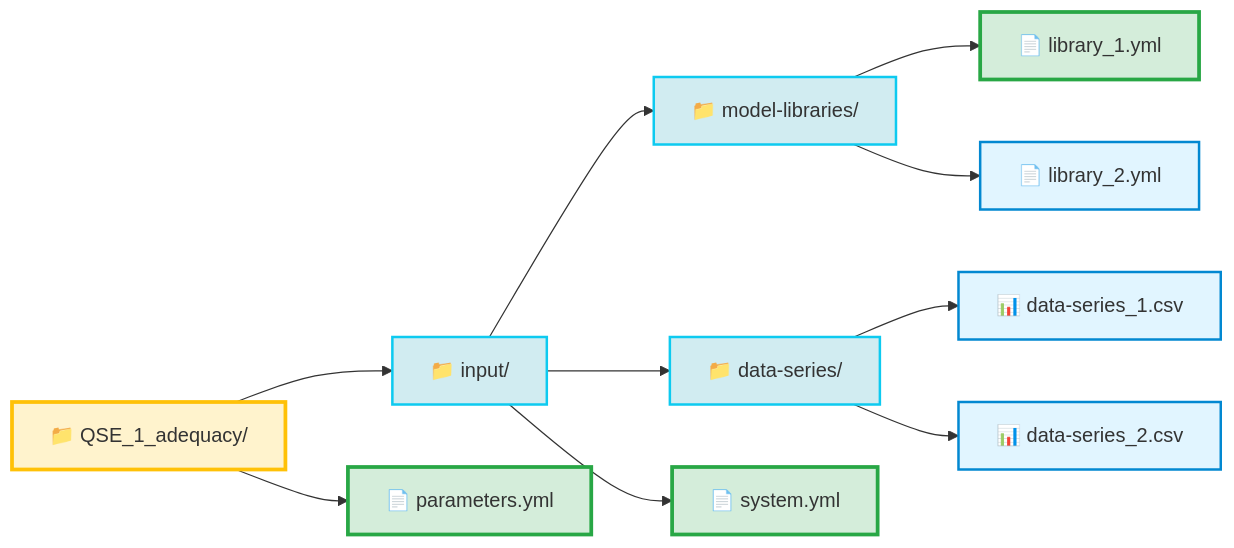
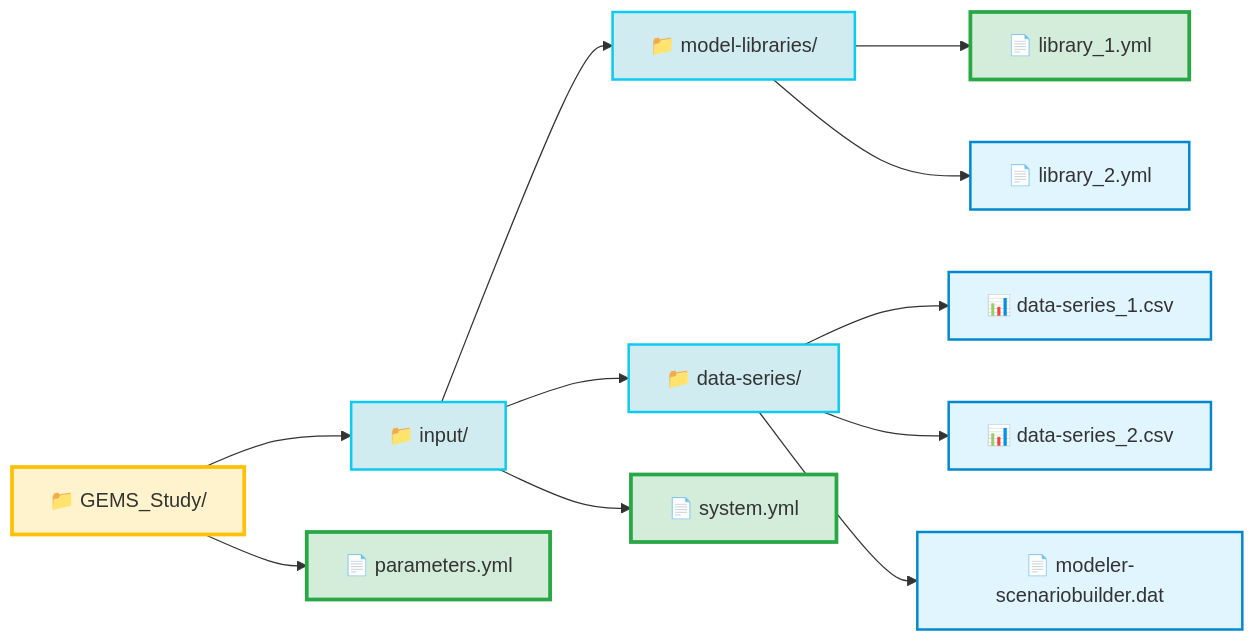
The diagram in doc/3_User_Guide/3_GEMS_File_Structure/1_overview.md (AntaresSimulatorTeam/GEMS), drawn with Mermaid before and after one commit.

````diff
--- a/doc/3_User_Guide/3_GEMS_File_Structure/1_overview.md
+++ b/doc/3_User_Guide/3_GEMS_File_Structure/1_overview.md
@@ -20,39 +20,45 @@
 ```mermaid
 flowchart LR
-    Study["📁 QSE_1_adequacy/"]
+    Study["📁 GEMS_Study/"]
     Input["📁 input/"]
     ModelLib["📁 model-libraries/"]
     DataSeries["📁 data-series/"]
     
     System["📄 system.yml"]
     Params["📄 parameters.yml"]
     Lib1["📄 library_1.yml"]
     Lib2["📄 library_2.yml"]
     Data1["📊 data-series_1.csv"]
     Data2["📊 data-series_2.csv"]
+    Scenario["📄 modeler-scenariobuilder.dat"]
     
     Study --> Input
     Study --> Params
     Input --> ModelLib
     Input --> System
     Input --> DataSeries
     ModelLib --> Lib1
     ModelLib --> Lib2
     DataSeries --> Data1
     DataSeries --> Data2
+    DataSeries --> Scenario
     
     style Study fill:#fff3cd,stroke:#ffc107,stroke-width:3px
     style Input fill:#d1ecf1,stroke:#0dcaf0,stroke-width:2px
     style ModelLib fill:#d1ecf1,stroke:#0dcaf0,stroke-width:2px
     style DataSeries fill:#d1ecf1,stroke:#0dcaf0,stroke-width:2px
     style System fill:#d4edda,stroke:#28a745,stroke-width:3px
     style Params fill:#d4edda,stroke:#28a745,stroke-width:3px
     style Lib1 fill:#d4edda,stroke:#28a745,stroke-width:3px
     style Lib2 fill:#e1f5ff,stroke:#0288d1,stroke-width:2px
     style Data1 fill:#e1f5ff,stroke:#0288d1,stroke-width:2px
     style Data2 fill:#e1f5ff,stroke:#0288d1,stroke-width:2px
+    style Scenario fill:#e1f5ff,stroke:#0288d1,stroke-width:2px
+
     
-    click Lib1 "https://github.com/AntaresSimulatorTeam/GEMS/blob/main/libraries/basic_models_library.yml" "Example: basic_models_library"
-    click System "https://github.com/AntaresSimulatorTeam/GEMS/blob/documentation/get_started_quick_examples/resources/Documentation_Examples/QSE/QSE_1_Adequacy/input/system.yml" "Example: system file from Quick Start Example 1"
-    click Params "https://github.com/AntaresSimulatorTeam/GEMS/blob/documentation/get_started_quick_examples/resources/Documentation_Examples/QSE/QSE_1_Adequacy/parameters.yml" "Example: parameters file"
+    click ModelLib "../2_library/"
+    click System "../3_system/"
+    click DataSeries "../4_data_series/"
+    click Scenario "../5_scenario_builder/"
+    click Params "../6_solver_optimization/"
 ```
````
